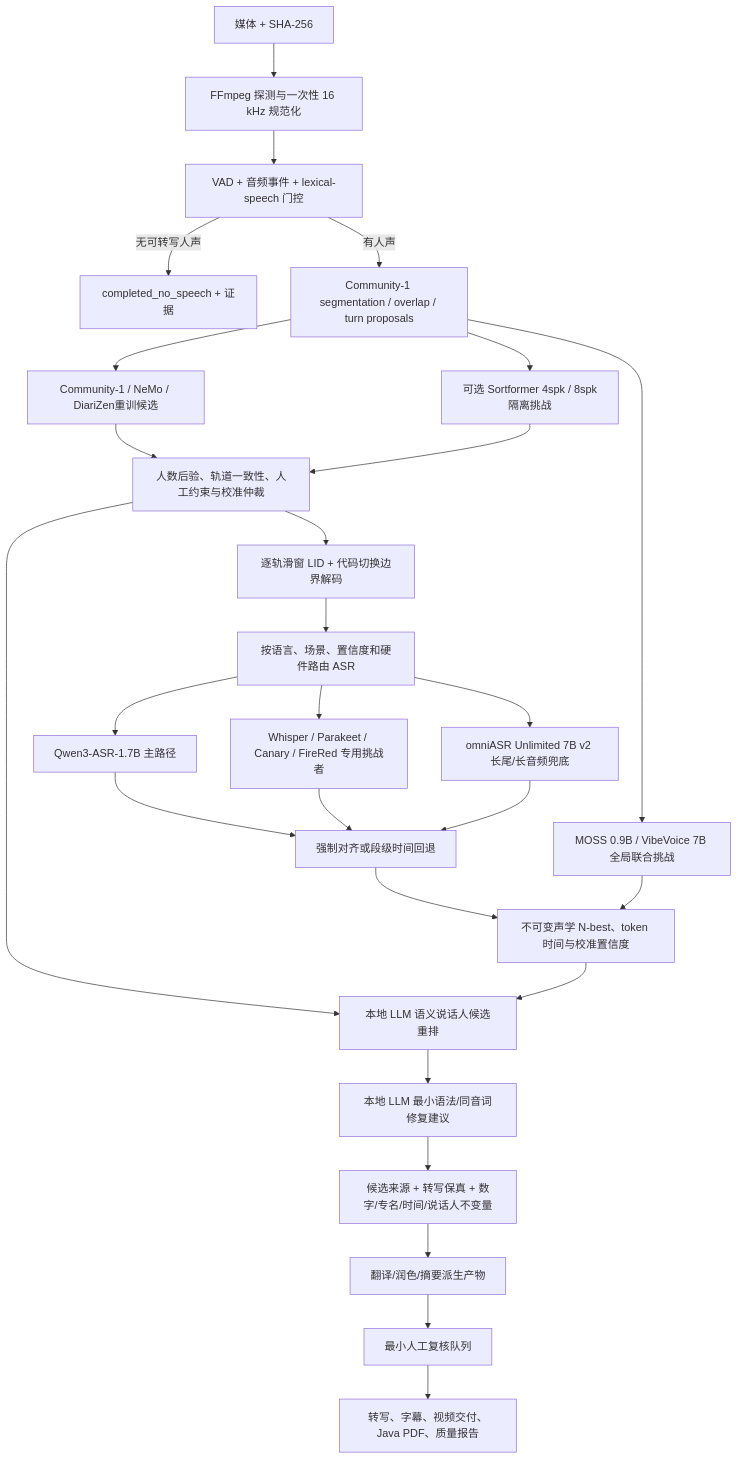
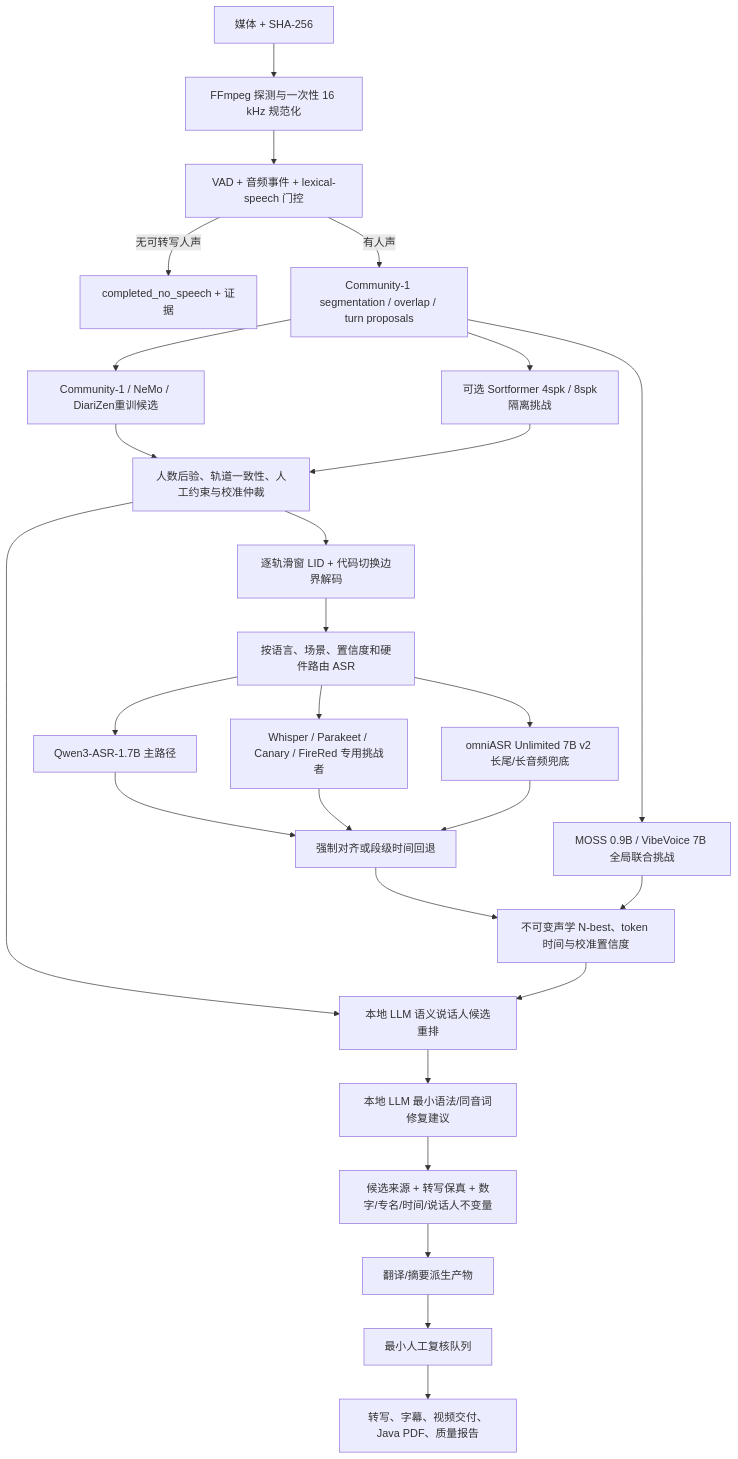
The diagram in docs/refactor/FLAGSHIP_SPEECH_ARCHITECTURE.md (3351666087/MediaTranscribeStudio), drawn with Mermaid before and after one commit. The commit also changed other lines of this file and 41 other files, not shown here.

````diff
--- a/docs/refactor/FLAGSHIP_SPEECH_ARCHITECTURE.md
+++ b/docs/refactor/FLAGSHIP_SPEECH_ARCHITECTURE.md
@@ -62,29 +62,29 @@
 ```mermaid
 flowchart TD
   INPUT["媒体 + SHA-256"] --> PROBE["FFmpeg 探测与一次性 16 kHz 规范化"]
   PROBE --> GATE["VAD + 音频事件 + lexical-speech 门控"]
   GATE -->|"无可转写人声"| NOSPEECH["completed_no_speech + 证据"]
   GATE -->|"有人声"| SEG["Community-1 segmentation / overlap / turn proposals"]
   SEG --> DIAR["Community-1 / NeMo / DiariZen重训候选"]
   SEG --> FAST["可选 Sortformer 4spk / 8spk隔离挑战"]
   DIAR --> FUSION["人数后验、轨道一致性、人工约束与校准仲裁"]
   FAST --> FUSION
   FUSION --> LID["逐轨滑窗 LID + 代码切换边界解码"]
   LID --> ROUTER["按语言、场景、置信度和硬件路由 ASR"]
   ROUTER --> QWEN["Qwen3-ASR-1.7B 主路径"]
   ROUTER --> SPECIALIST["Whisper / Parakeet / Canary / FireRed 专用挑战者"]
   ROUTER --> OMNI["omniASR Unlimited 7B v2 长尾/长音频兜底"]
   QWEN --> ALIGN["强制对齐或段级时间回退"]
   SPECIALIST --> ALIGN
   OMNI --> ALIGN
   ALIGN --> NBEST["不可变声学 N-best、token 时间与校准置信度"]
   SEG --> JOINT["MOSS 0.9B / VibeVoice 7B 全局联合挑战"]
   JOINT --> NBEST
   FUSION --> SEMANTIC["本地 LLM 语义说话人候选重排"]
   NBEST --> SEMANTIC
   SEMANTIC --> TEXTFIX["本地 LLM 最小语法/同音词修复建议"]
   TEXTFIX --> VALIDATE["候选来源 + 转写保真 + 数字/专名/时间/说话人不变量"]
-  VALIDATE --> BUSINESS["翻译/润色/摘要派生产物"]
+  VALIDATE --> BUSINESS["翻译/摘要派生产物"]
   BUSINESS --> REVIEW["最小人工复核队列"]
   REVIEW --> OUTPUT["转写、字幕、视频交付、Java PDF、质量报告"]
 ```
````
